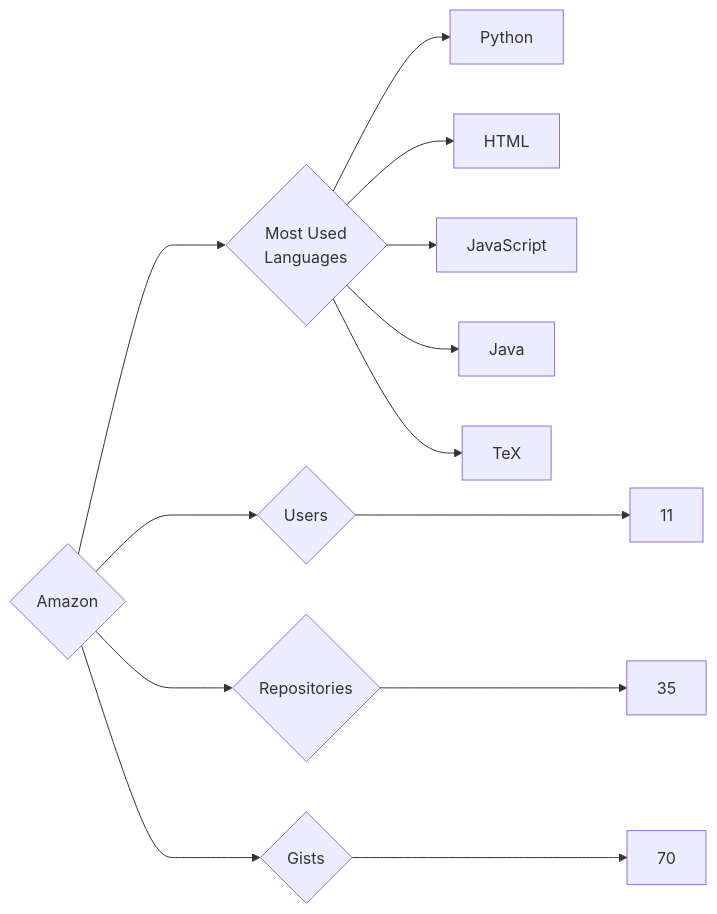
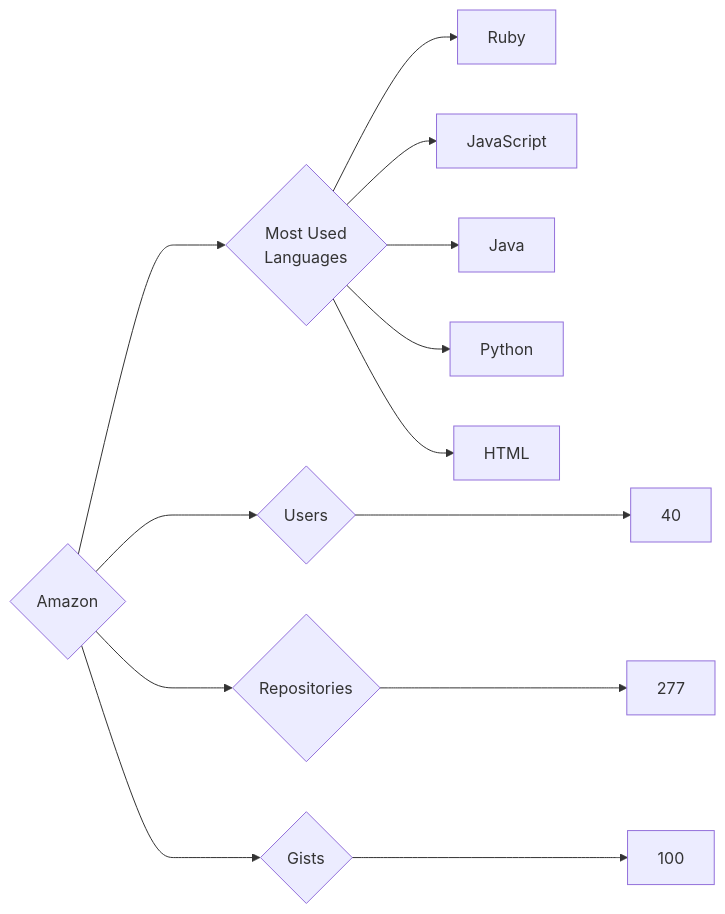
The diagram in targets/Amazon/README.md (trickest/insiders), drawn with Mermaid before and after one commit. The commit also changed 873 other files, not shown here.

````diff
--- a/targets/Amazon/README.md
+++ b/targets/Amazon/README.md
@@ -3,13 +3,13 @@
 ```mermaid
 graph LR
 COMPANY_NAME{Amazon}
-COMPANY_NAME ---> U{Users} ---> UN[11]
-COMPANY_NAME ---> R{Repositories} ---> RN[35]
-COMPANY_NAME ---> G{Gists} ---> GN[70]
+COMPANY_NAME ---> U{Users} ---> UN[40]
+COMPANY_NAME ---> R{Repositories} ---> RN[277]
+COMPANY_NAME ---> G{Gists} ---> GN[100]
 COMPANY_NAME ---> ML{Most Used<br>Languages}
+ML --> Ruby[Ruby]
+ML --> JavaScript[JavaScript]
+ML --> Java[Java]
 ML --> Python[Python]
 ML --> HTML[HTML]
-ML --> JavaScript[JavaScript]
-ML --> Java[Java]
-ML --> TeX[TeX]
 ```
````
